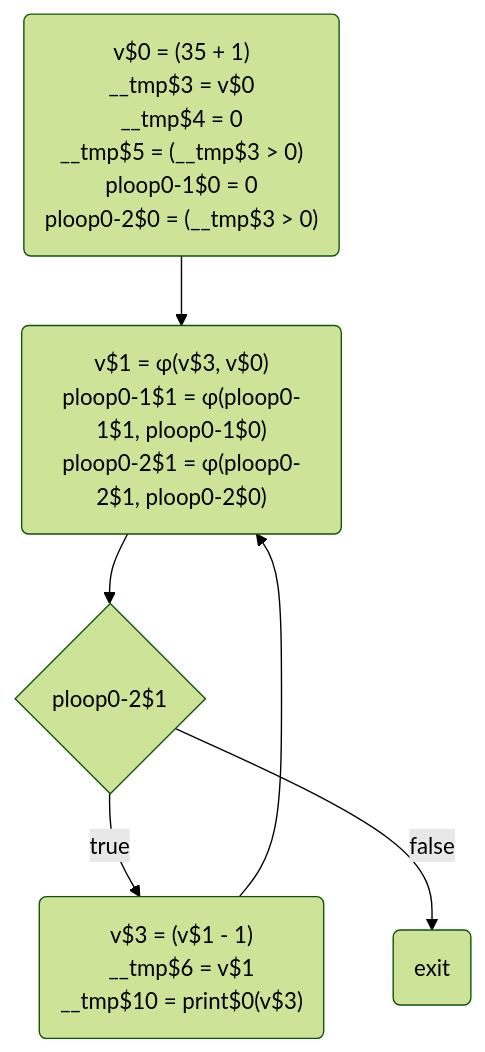
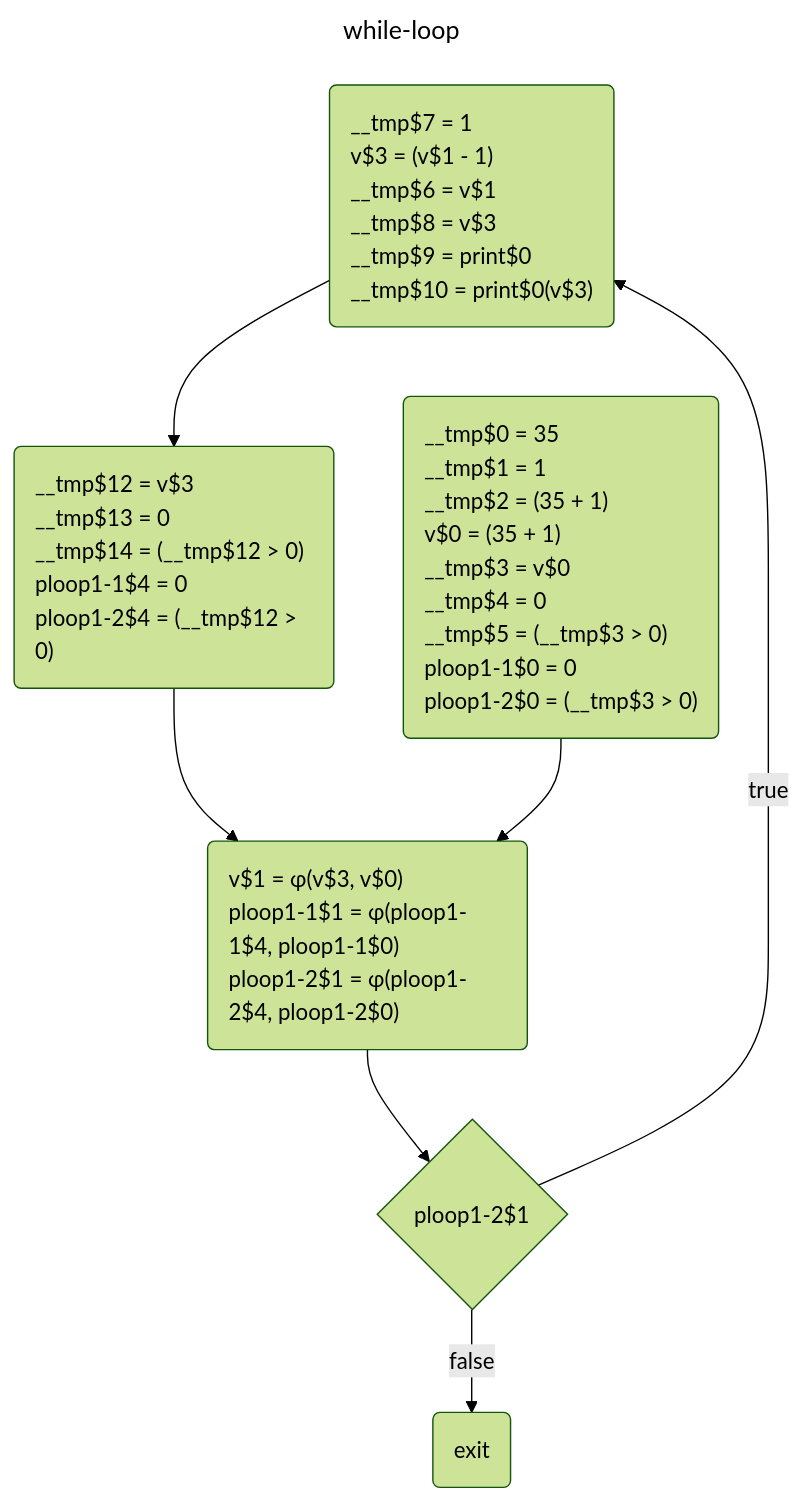
One commit to dee-tree/sav-lab1 changed the diagram in res/while-loop/ssa-diagram_const-prop.mmd. Above: the diagram before and after it, drawn with Mermaid (forest theme). The commit also changed 33 other files, not shown here.

```diff
--- a/res/while-loop/ssa-diagram_const-prop.mmd
+++ b/res/while-loop/ssa-diagram_const-prop.mmd
@@ -1,11 +1,17 @@
+---
+title: while-loop
+---
 flowchart TD
-	while_start$6("v$1 = φ(v$3, v$0)<br>ploop0-1$1 = φ(ploop0-1$1, ploop0-1$0)<br>ploop0-2$1 = φ(ploop0-2$1, ploop0-2$0)")
-	while_exit$9("exit")
-	while_body$8("v$3 = (v$1 - 1)<br>__tmp$6 = v$1<br>__tmp$10 = print$0(v$3)")
-	cond$7{"ploop0-2$1"}
-	entry$5("v$0 = (35 + 1)<br>__tmp$3 = v$0<br>__tmp$4 = 0<br>__tmp$5 = (__tmp$3 > 0)<br>ploop0-1$0 = 0<br>ploop0-2$0 = (__tmp$3 > 0)")
-	cond$7 --> |"true"| while_body$8
-	while_body$8 -->  while_start$6
-	cond$7 --> |"false"| while_exit$9
-	entry$5 -->  while_start$6
-	while_start$6 -->  cond$7
+	while_body$9("__tmp$7 = 1<br>v$3 = (v$1 - 1)<br>__tmp$6 = v$1<br>__tmp$8 = v$3<br>__tmp$9 = print$0<br>__tmp$10 = print$0(v$3)"):::defstyle
+	cond$8{"ploop1-2$1"}:::defstyle
+	null$10("__tmp$12 = v$3<br>__tmp$13 = 0<br>__tmp$14 = (__tmp$12 > 0)<br>ploop1-1$4 = 0<br>ploop1-2$4 = (__tmp$12 > 0)"):::defstyle
+	while_exit$11("exit"):::defstyle
+	entry$6("__tmp$0 = 35<br>__tmp$1 = 1<br>__tmp$2 = (35 + 1)<br>v$0 = (35 + 1)<br>__tmp$3 = v$0<br>__tmp$4 = 0<br>__tmp$5 = (__tmp$3 > 0)<br>ploop1-1$0 = 0<br>ploop1-2$0 = (__tmp$3 > 0)"):::defstyle
+	while_start$7("v$1 = φ(v$3, v$0)<br>ploop1-1$1 = φ(ploop1-1$4, ploop1-1$0)<br>ploop1-2$1 = φ(ploop1-2$4, ploop1-2$0)"):::defstyle
+	while_start$7 -->  cond$8
+	null$10 -->  while_start$7
+	while_body$9 -->  null$10
+	cond$8 --> |"true"| while_body$9
+	cond$8 --> |"false"| while_exit$11
+	entry$6 -->  while_start$7
+classDef defstyle text-align: left;
```
